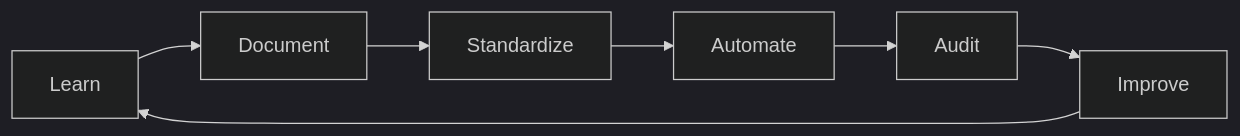
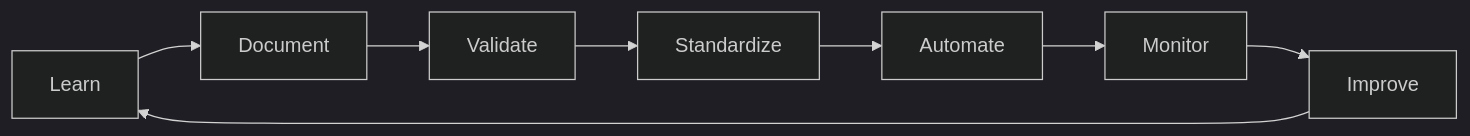
One commit to MJ-Ahmad/mjdocs changed the fourth of 4 diagrams in docs/index.md. Above: the diagram before and after it, drawn with Mermaid (dark theme). The commit also changed other lines of this file and 5 other files, not shown here.

````diff
--- a/docs/index.md
+++ b/docs/index.md
@@ -420,15 +338,19 @@
 ```mermaid
 flowchart LR
 
-Learn --> Document
+    Learn
 
-Document --> Standardize
+    Learn --> Document
 
-Standardize --> Automate
+    Document --> Validate
 
-Automate --> Audit
+    Validate --> Standardize
 
-Audit --> Improve
+    Standardize --> Automate
 
-Improve --> Learn
+    Automate --> Monitor
+
+    Monitor --> Improve
+
+    Improve --> Learn
 ```
````
